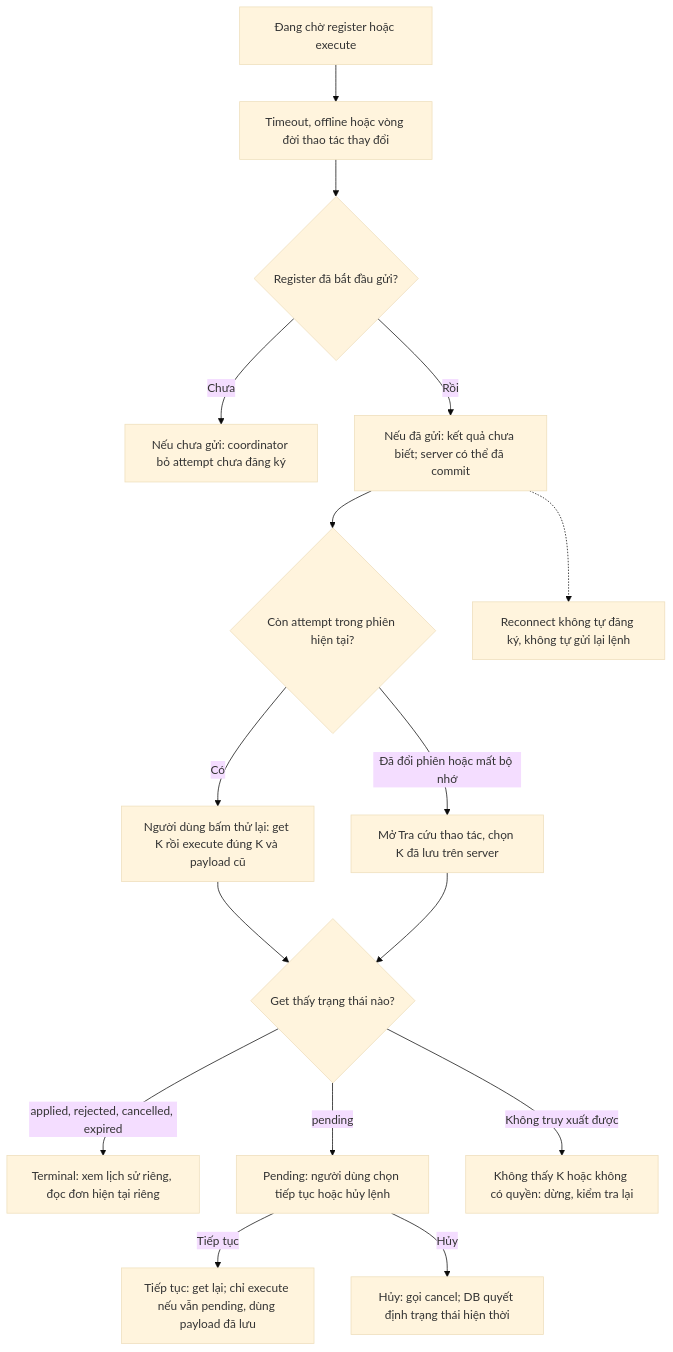
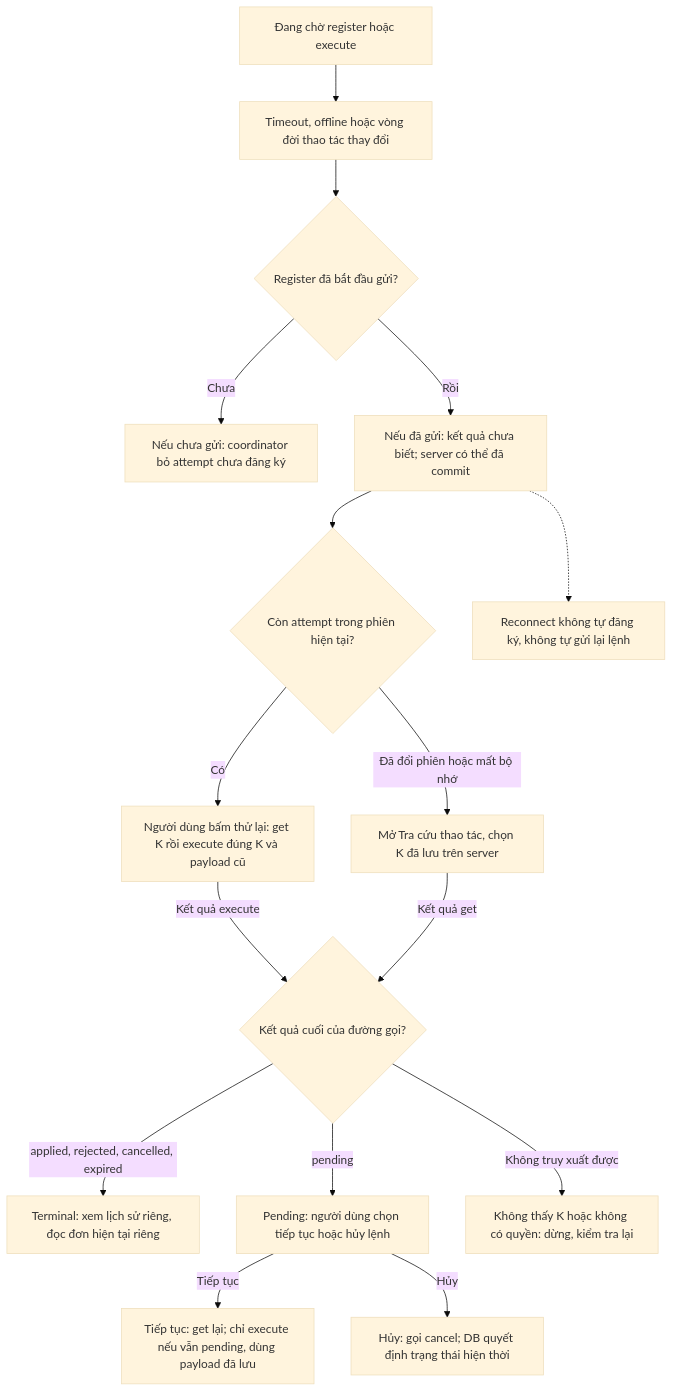
Before and after one commit to nguyentronglinh045/pos-cafe: the fourth of 8 diagrams in docs/critical-flows.md, drawn with Mermaid (base theme). The commit also changed other lines of this file and 28 other files, not shown here.

Commit message:
docs: align flow diagrams with reviewed code

````diff
--- a/docs/critical-flows.md
+++ b/docs/critical-flows.md
@@ -154,33 +160,33 @@
 ```mermaid
 flowchart TD
     waitReply["Đang chờ register hoặc execute"]
     uncertain["Timeout, offline hoặc vòng đời thao tác thay đổi"]
     sent{"Register đã bắt đầu gửi?"}
     safe["Nếu chưa gửi: coordinator bỏ attempt chưa đăng ký"]
     unknown["Nếu đã gửi: kết quả chưa biết; server có thể đã commit"]
     context{"Còn attempt trong phiên hiện tại?"}
     retry["Người dùng bấm thử lại: get K rồi execute đúng K và payload cũ"]
     lookup["Mở Tra cứu thao tác, chọn K đã lưu trên server"]
-    state{"Get thấy trạng thái nào?"}
+    state{"Kết quả cuối của đường gọi?"}
     terminal["Terminal: xem lịch sử riêng, đọc đơn hiện tại riêng"]
     pending["Pending: người dùng chọn tiếp tục hoặc hủy lệnh"]
     resume["Tiếp tục: get lại; chỉ execute nếu vẫn pending, dùng payload đã lưu"]
     cancel["Hủy: gọi cancel; DB quyết định trạng thái hiện thời"]
     absent["Không thấy K hoặc không có quyền: dừng, kiểm tra lại"]
     noAuto["Reconnect không tự đăng ký, không tự gửi lại lệnh"]
     waitReply --> uncertain
     uncertain --> sent
     sent -->|"Chưa"| safe
     sent -->|"Rồi"| unknown
     unknown --> context
     context -->|"Có"| retry
     context -->|"Đã đổi phiên hoặc mất bộ nhớ"| lookup
-    retry --> state
-    lookup --> state
+    retry -->|"Kết quả execute"| state
+    lookup -->|"Kết quả get"| state
     state -->|"applied, rejected, cancelled, expired"| terminal
     state -->|"pending"| pending
     state -->|"Không truy xuất được"| absent
     pending -->|"Tiếp tục"| resume
     pending -->|"Hủy"| cancel
     unknown -.-> noAuto
 ```
````
